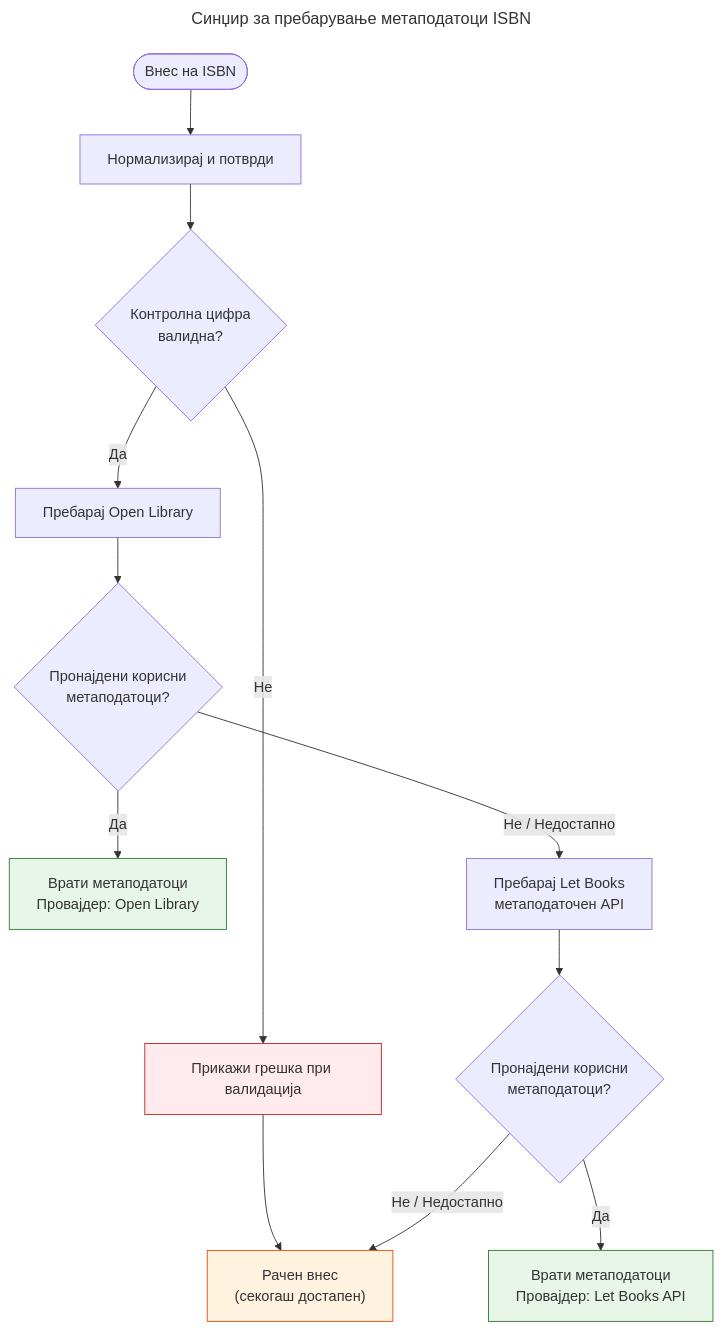
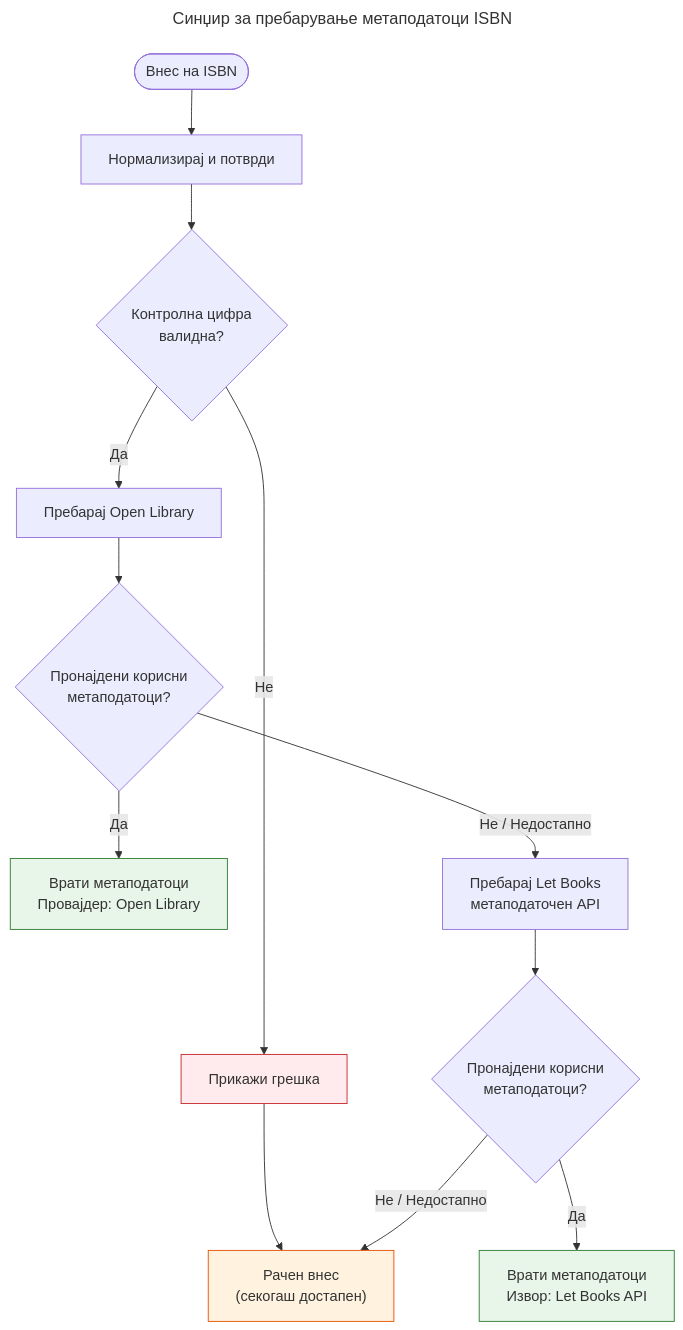
The diagram in docs/diagrams/blog/isbn-not-a-database/mk/isbn-lookup-chain.mmd (mihafreenode/let-books), drawn with Mermaid before and after one commit. The commit also changed 72 other files, not shown here.

Commit message:
Refine localized article prose and diagram labels

```diff
--- a/docs/diagrams/blog/isbn-not-a-database/mk/isbn-lookup-chain.mmd
+++ b/docs/diagrams/blog/isbn-not-a-database/mk/isbn-lookup-chain.mmd
@@ -1,20 +1,20 @@
 ---
 title: Синџир за пребарување метаподатоци ISBN
 ---
 flowchart TD
     A(["Внес на ISBN"]) --> B[Нормализирај и потврди]
     B --> C{Контролна цифра<br/>валидна?}
-    C -->|Не| D["Прикажи грешка при валидација"]
+    C -->|Не| D["Прикажи грешка"]
     D --> E["Рачен внес<br/>(секогаш достапен)"]
     C -->|Да| F["Пребарај Open Library"]
     F --> G{Пронајдени корисни<br/>метаподатоци?}
     G -->|Да| H["Врати метаподатоци<br/>Провајдер: Open Library"]
     G -->|Не / Недостапно| I["Пребарај Let Books<br/>метаподаточен API"]
     I --> J{Пронајдени корисни<br/>метаподатоци?}
-    J -->|Да| K["Врати метаподатоци<br/>Провајдер: Let Books API"]
+    J -->|Да| K["Врати метаподатоци<br/>Извор: Let Books API"]
     J -->|Не / Недостапно| E
 
     style H fill:#e8f5e9,stroke:#2e7d32
     style K fill:#e8f5e9,stroke:#2e7d32
     style E fill:#fff3e0,stroke:#e65100
     style D fill:#ffebee,stroke:#c62828
```
